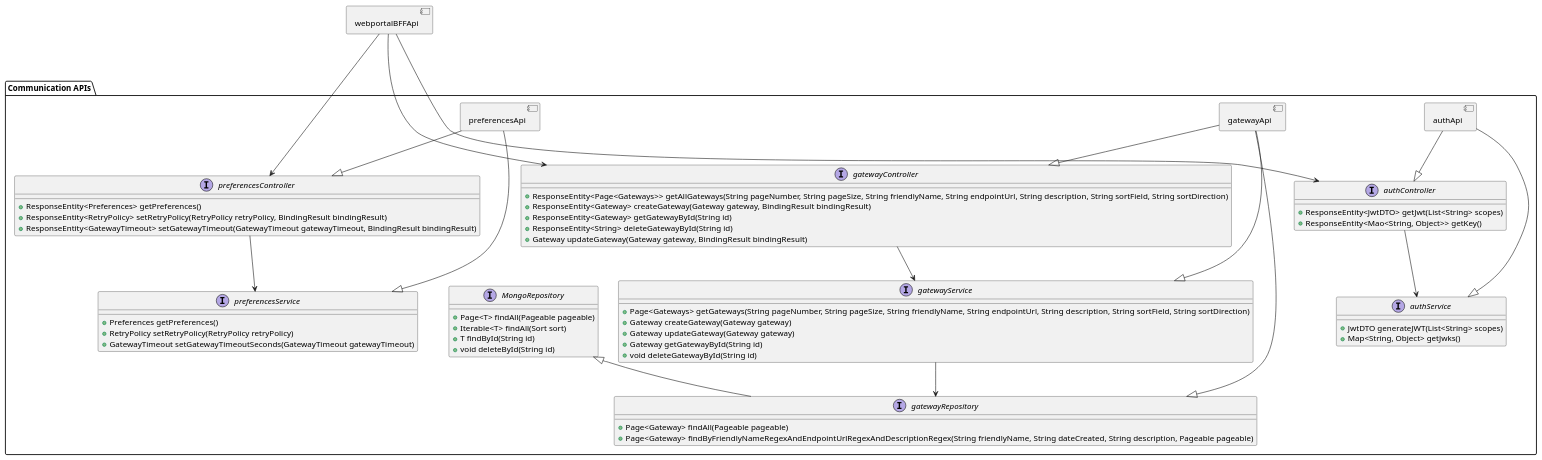
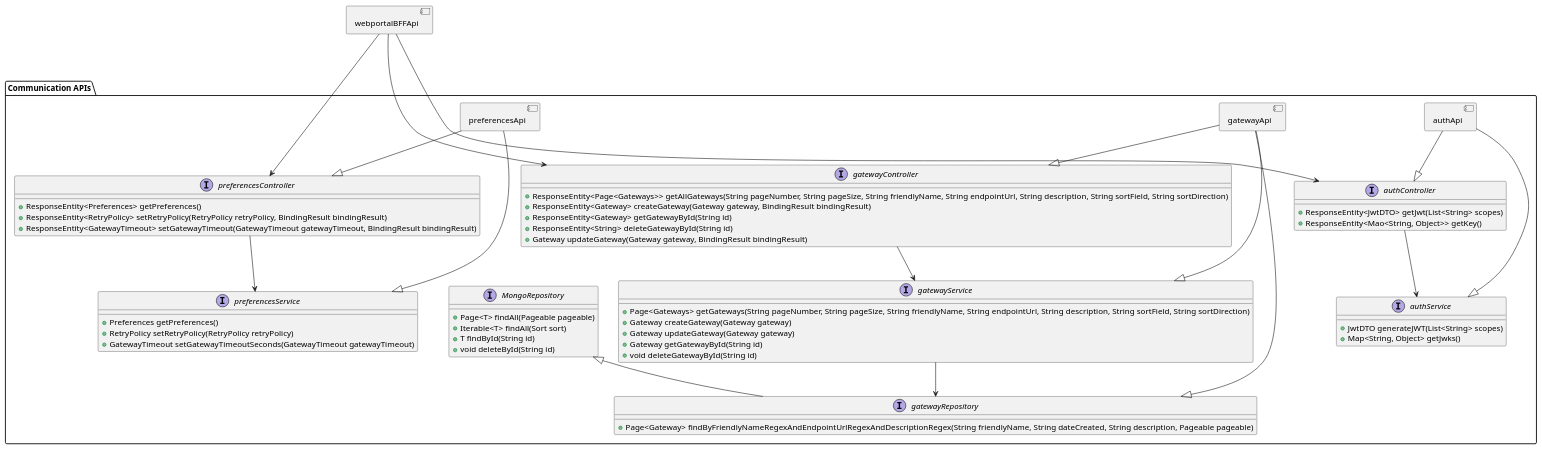
One commit to CameronWard301/communication_scheduler changed the diagram in Designs/System Context/Components/AuthPreferencesGatewayApiInterfaces.puml. Above: the diagram before and after it, drawn with PlantUML. The commit also changed 184 other files, not shown here.

```diff
--- a/Designs/System Context/Components/AuthPreferencesGatewayApiInterfaces.puml
+++ b/Designs/System Context/Components/AuthPreferencesGatewayApiInterfaces.puml
@@ -1,93 +1,92 @@
 @startuml Component Interfaces
 
 component webportalBFFApi {
 
 }
 
 
 package "Communication APIs" as communicationApis {
     component gatewayApi {
 
     }
 
     interface gatewayController {
             + ResponseEntity<Page<Gateways>> getAllGateways(String pageNumber, String pageSize, String friendlyName, String endpointUrl, String description, String sortField, String sortDirection)
             + ResponseEntity<Gateway> createGateway(Gateway gateway, BindingResult bindingResult)
             + ResponseEntity<Gateway> getGatewayById(String id)
             + ResponseEntity<String> deleteGatewayById(String id)
             + Gateway updateGateway(Gateway gateway, BindingResult bindingResult)
         }
 
     interface gatewayService {
         + Page<Gateways> getGateways(String pageNumber, String pageSize, String friendlyName, String endpointUrl, String description, String sortField, String sortDirection)
         + Gateway createGateway(Gateway gateway)
         + Gateway updateGateway(Gateway gateway)
         + Gateway getGatewayById(String id)
         + void deleteGatewayById(String id)
     }
 
     interface MongoRepository {
         + Page<T> findAll(Pageable pageable)
         + Iterable<T> findAll(Sort sort)
         + T findById(String id)
         + void deleteById(String id)
     }
 
 
     interface gatewayRepository extends MongoRepository {
-        + Page<Gateway> findAll(Pageable pageable)
         + Page<Gateway> findByFriendlyNameRegexAndEndpointUrlRegexAndDescriptionRegex(String friendlyName, String dateCreated, String description, Pageable pageable)
     }
 
     gatewayApi --|> gatewayService
     gatewayApi --|> gatewayRepository
     gatewayApi --|> gatewayController
     gatewayController --> gatewayService
     gatewayService --> gatewayRepository
 
     component preferencesApi {
 
     }
 
     interface preferencesController {
         + ResponseEntity<Preferences> getPreferences()
         + ResponseEntity<RetryPolicy> setRetryPolicy(RetryPolicy retryPolicy, BindingResult bindingResult)
         + ResponseEntity<GatewayTimeout> setGatewayTimeout(GatewayTimeout gatewayTimeout, BindingResult bindingResult)
     }
 
     interface preferencesService {
         + Preferences getPreferences()
         + RetryPolicy setRetryPolicy(RetryPolicy retryPolicy)
         + GatewayTimeout setGatewayTimeoutSeconds(GatewayTimeout gatewayTimeout)
     }
 
     preferencesApi --|> preferencesService
     preferencesApi --|> preferencesController
     preferencesController --> preferencesService
 
     component authApi {
 
     }
 
     interface authController {
         + ResponseEntity<JwtDTO> getJwt(List<String> scopes)
         + ResponseEntity<Mao<String, Object>> getKey()
     }
 
     interface authService {
         + JwtDTO generateJWT(List<String> scopes)
         + Map<String, Object> getJwks()
     }
 
     authApi --|> authService
     authApi --|> authController
     authController --> authService
 
 
 }
 
 
 webportalBFFApi -d--> gatewayController
 webportalBFFApi -d---> preferencesController
 webportalBFFApi -d---> authController
 @enduml
```
